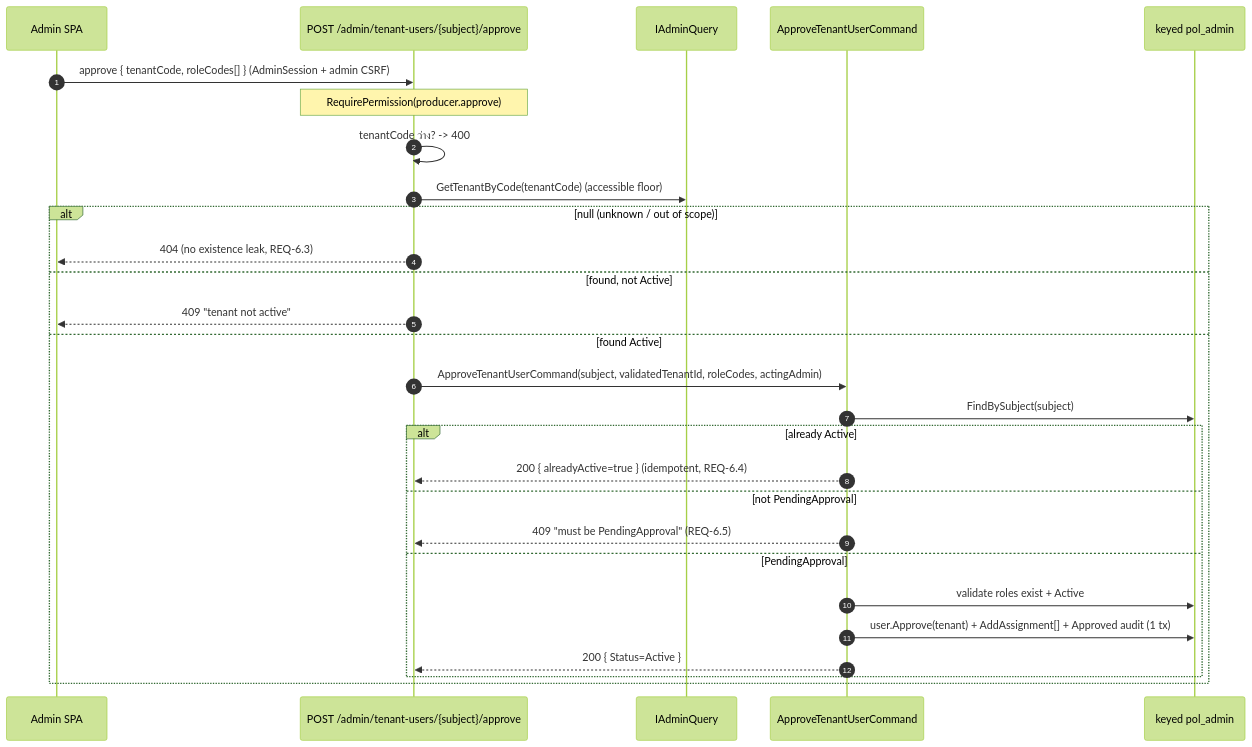
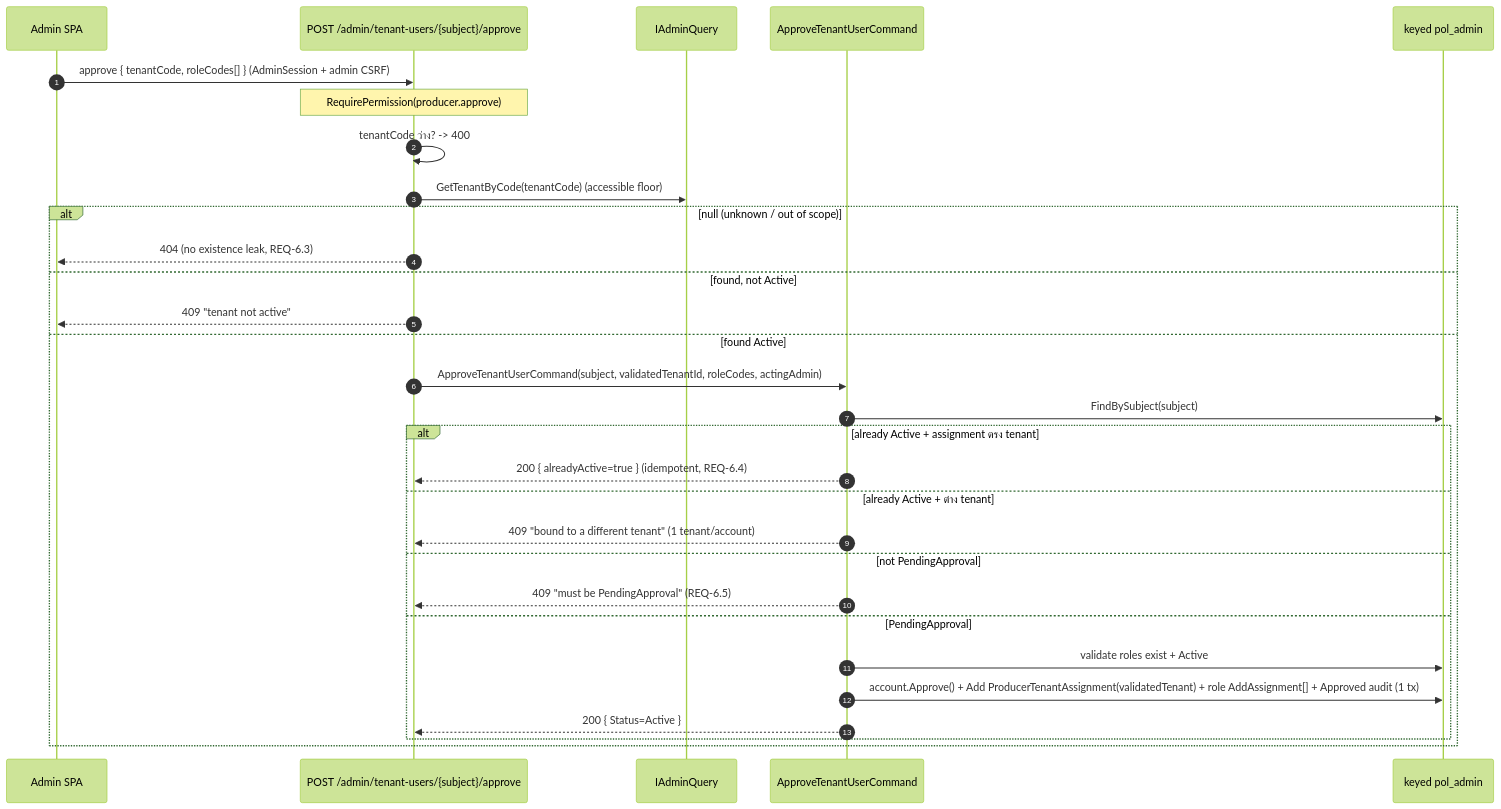
The fifth of 7 diagrams in docs/reference/producer-google-sso.md (metrodiesign/pol-core), drawn with Mermaid (forest theme) before and after one commit. The commit also changed other lines of this file and 42 other files, not shown here.

First line of the commit message:
refactor(producer): reshape account to control-plane (Admin parity)

````diff
--- a/docs/reference/producer-google-sso.md
+++ b/docs/reference/producer-google-sso.md
@@ -354,31 +361,33 @@
 ```mermaid
 sequenceDiagram
     autonumber
     participant A as Admin SPA
     participant EP as POST /admin/tenant-users/{subject}/approve
     participant AQ as IAdminQuery
     participant AC as ApproveTenantUserCommand
     participant DB as keyed pol_admin
 
     A->>EP: approve { tenantCode, roleCodes[] }  (AdminSession + admin CSRF)
     Note over EP: RequirePermission(producer.approve)
     EP->>EP: tenantCode ว่าง? -> 400
     EP->>AQ: GetTenantByCode(tenantCode)  (accessible floor)
     alt null (unknown / out of scope)
         EP-->>A: 404 (no existence leak, REQ-6.3)
     else found, not Active
         EP-->>A: 409 "tenant not active"
     else found Active
         EP->>AC: ApproveTenantUserCommand(subject, validatedTenantId, roleCodes, actingAdmin)
         AC->>DB: FindBySubject(subject)
-        alt already Active
+        alt already Active + assignment ตรง tenant
             AC-->>EP: 200 { alreadyActive=true }  (idempotent, REQ-6.4)
+        else already Active + ต่าง tenant
+            AC-->>EP: 409 "bound to a different tenant"  (1 tenant/account)
         else not PendingApproval
             AC-->>EP: 409 "must be PendingApproval"  (REQ-6.5)
         else PendingApproval
             AC->>DB: validate roles exist + Active
-            AC->>DB: user.Approve(tenant) + AddAssignment[] + Approved audit  (1 tx)
+            AC->>DB: account.Approve() + Add ProducerTenantAssignment(validatedTenant) + role AddAssignment[] + Approved audit  (1 tx)
             AC-->>EP: 200 { Status=Active }
         end
     end
 ```
````
